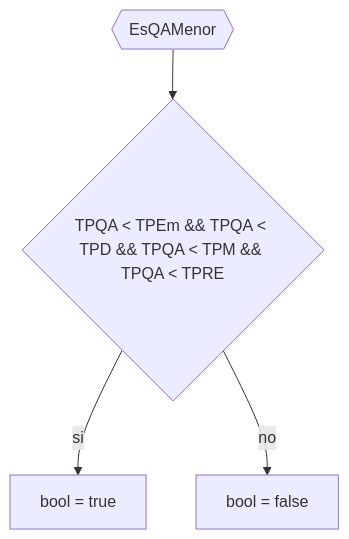
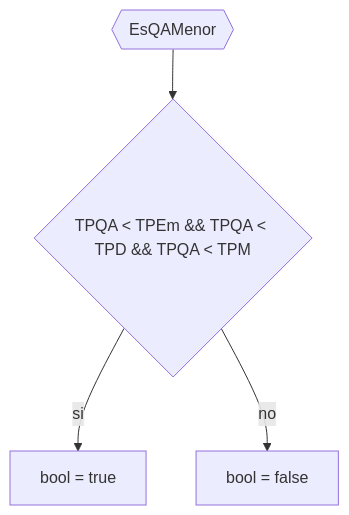
Before and after one commit to JuanManuelPrividera/TP-Simu: the diagram in docs/Diagramas/init/EsQAMenor.mermaid, drawn with Mermaid. The commit also changed 32 other files, not shown here.

```diff
--- a/docs/Diagramas/init/EsQAMenor.mermaid
+++ b/docs/Diagramas/init/EsQAMenor.mermaid
@@ -1,4 +1,4 @@
 flowchart TD
-    aa{{EsQAMenor}} --> if0{"TPQA < TPEm && TPQA < TPD && TPQA < TPM && TPQA < TPRE"}
+    aa{{EsQAMenor}} --> if0{"TPQA < TPEm && TPQA < TPD && TPQA < TPM"}
     if0 --> |si| a[bool = true]
     if0 --> |no| a1[bool = false]
```
